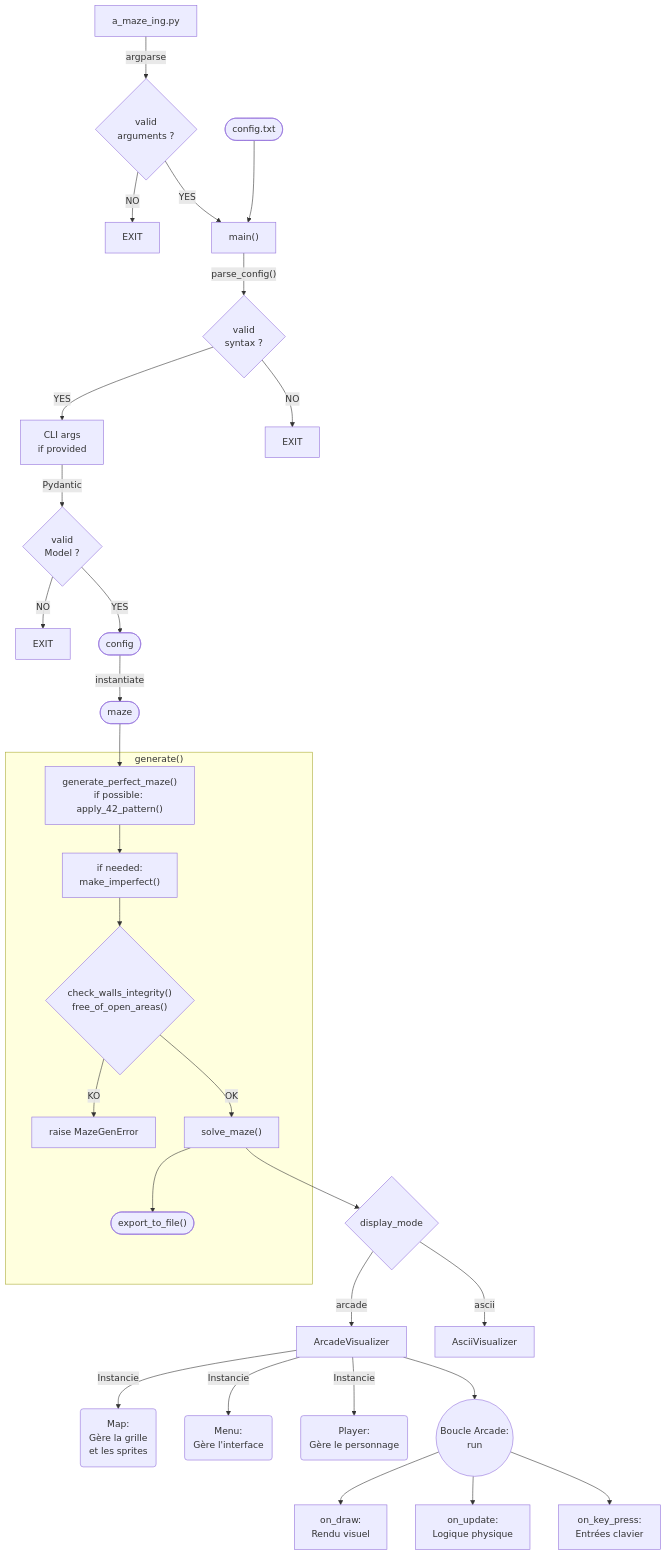
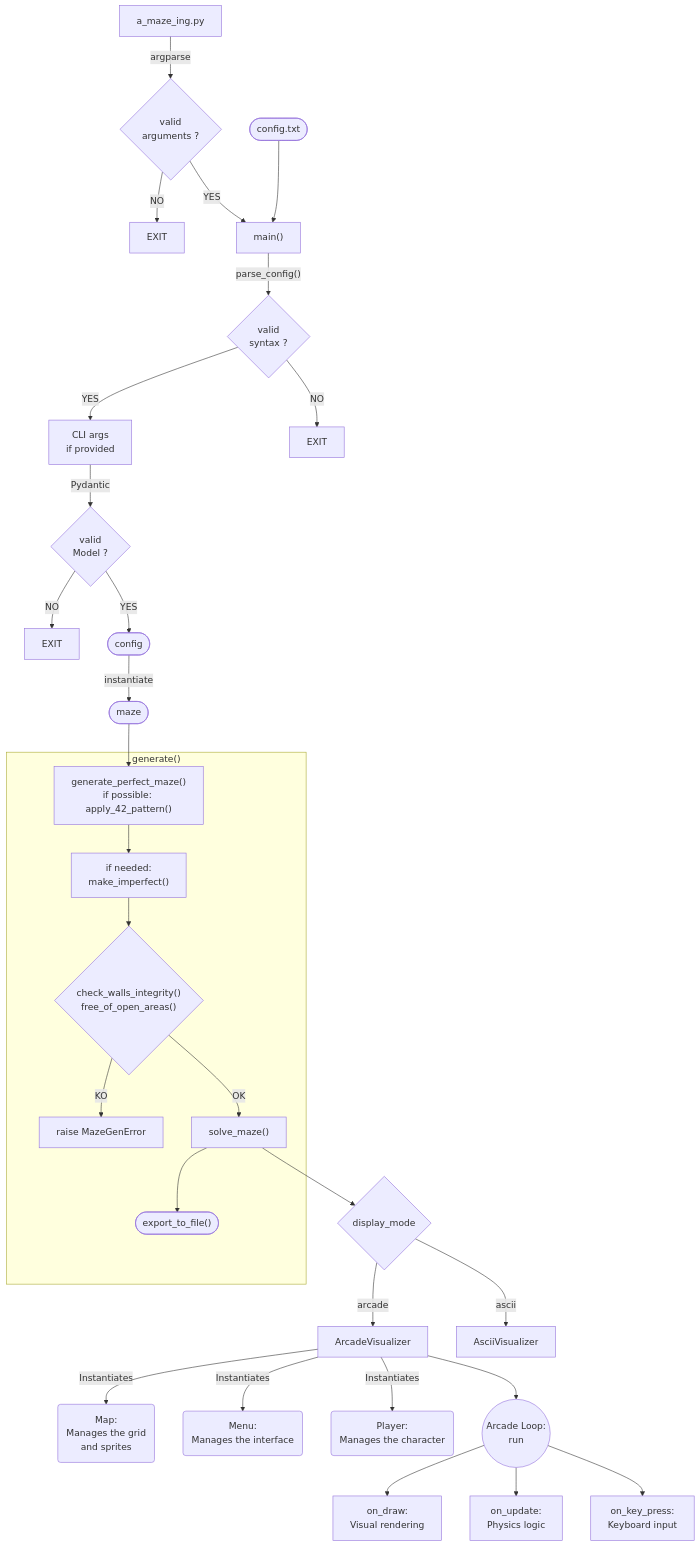
The diagram in README.md (eclectik-vd/42_A_Maze_ing), drawn with Mermaid before and after one commit. The commit also changed other lines of this file and 4 other files, not shown here.

````diff
--- a/README.md
+++ b/README.md
@@ -261,45 +261,45 @@
 ```mermaid
 flowchart TD
-    %% Défine styles
+    %% Define styles
     classDef file fill:#f9d0c4,stroke:#333,stroke-width:2px;
     classDef process fill:#c4d7f9,stroke:#333,stroke-width:2px;
     classDef data fill:#c4f9d0,stroke:#333,stroke-width:2px;
     classDef error fill:#ff9999,stroke:#333,stroke-width:2px;
 
     %% Nodes
     A["a_maze_ing.py"] -->|"argparse"| B{"valid<br>arguments ?"}
     B -->|NO| B0["EXIT"]
 
     B -->|YES| C["main()"]
     B1(["config.txt"]) --> C
     C -->|"parse_config()"| D{"valid<br>syntax ?"}
     D -->|YES| E["CLI args<br>if provided"]
     D -->|NO| D0["EXIT"]
     E -->|Pydantic| F{"valid<br>Model ?"}
     F -->|NO| F0["EXIT"]
     F -->|YES| G(["config"])
 
     G -->|"instantiate"| H([maze])
     H --> H1["generate_perfect_maze()<br>if possible: apply_42_pattern()"]
     subgraph "generate()"
         H1 --> H2["if needed:<br>make_imperfect()"]
         H2 --> H3{"check_walls_integrity()<br>free_of_open_areas()"}
         H3 -->|KO| H0["raise MazeGenError"]
         H3 -->|OK| I["solve_maze()"]
         I --> J0(["export_to_file()"])
     end
 
     I --> J{"display_mode"}
     J -->|arcade| J2["ArcadeVisualizer"]
     J -->|ascii| J1["AsciiVisualizer"]
 
-    J2 -->|Instancie| K("Map:<br>Gère la grille<br>et les sprites")
-    J2 -->|Instancie| L("Menu:<br>Gère l'interface")
-    J2 -->|Instancie| M("Player:<br>Gère le personnage")
+    J2 -->|Instantiates| K("Map:<br>Manages the grid<br>and sprites")
+    J2 -->|Instantiates| L("Menu:<br>Manages the interface")
+    J2 -->|Instantiates| M("Player:<br>Manages the character")
     
-    J2 --> N(("Boucle Arcade:<br>run"))
-    N --> O["on_draw:<br>Rendu visuel"]
-    N --> P["on_update:<br>Logique physique"]
-    N --> Q["on_key_press:<br>Entrées clavier"]
+    J2 --> N(("Arcade Loop:<br>run"))
+    N --> O["on_draw:<br>Visual rendering"]
+    N --> P["on_update:<br>Physics logic"]
+    N --> Q["on_key_press:<br>Keyboard input"]
 
 ```
````
